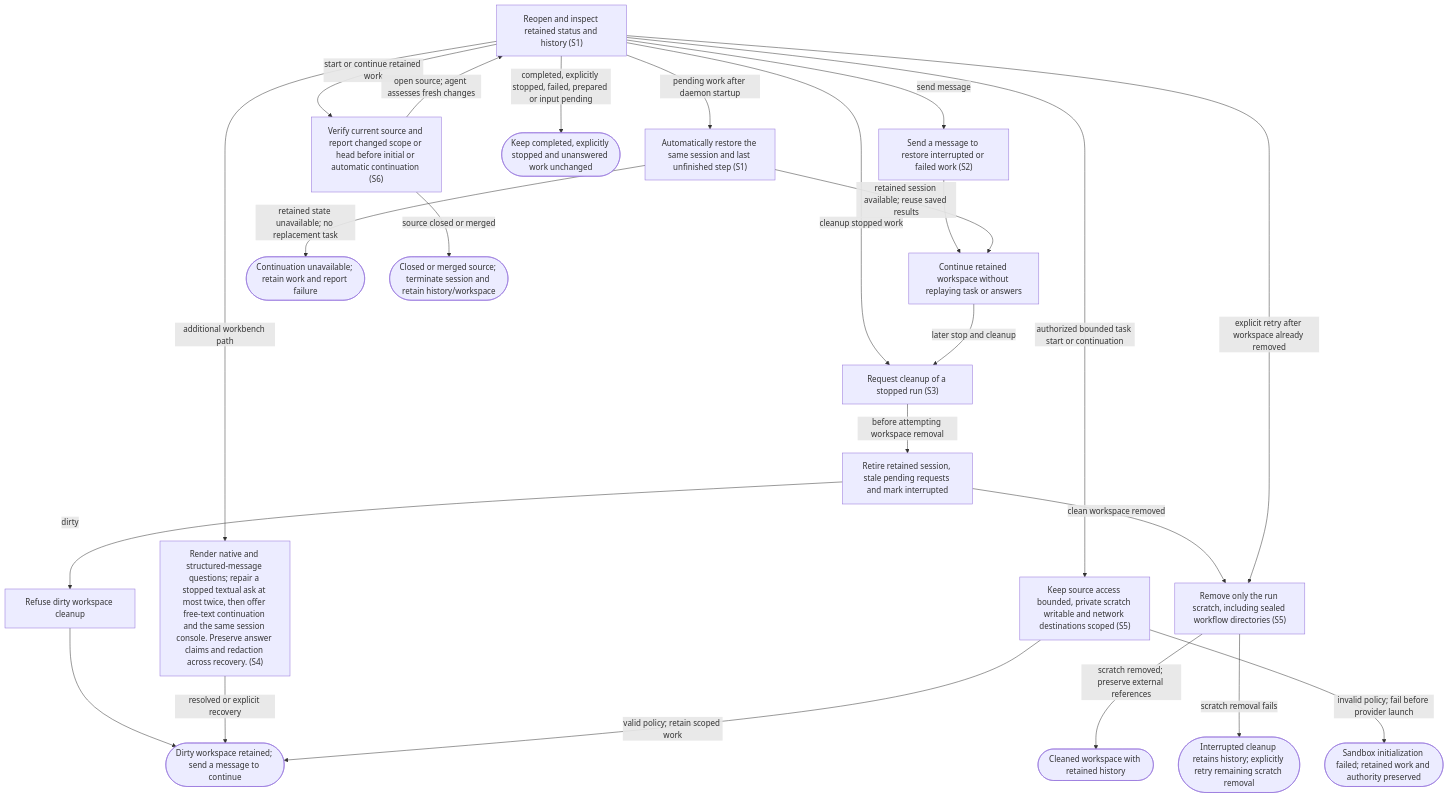
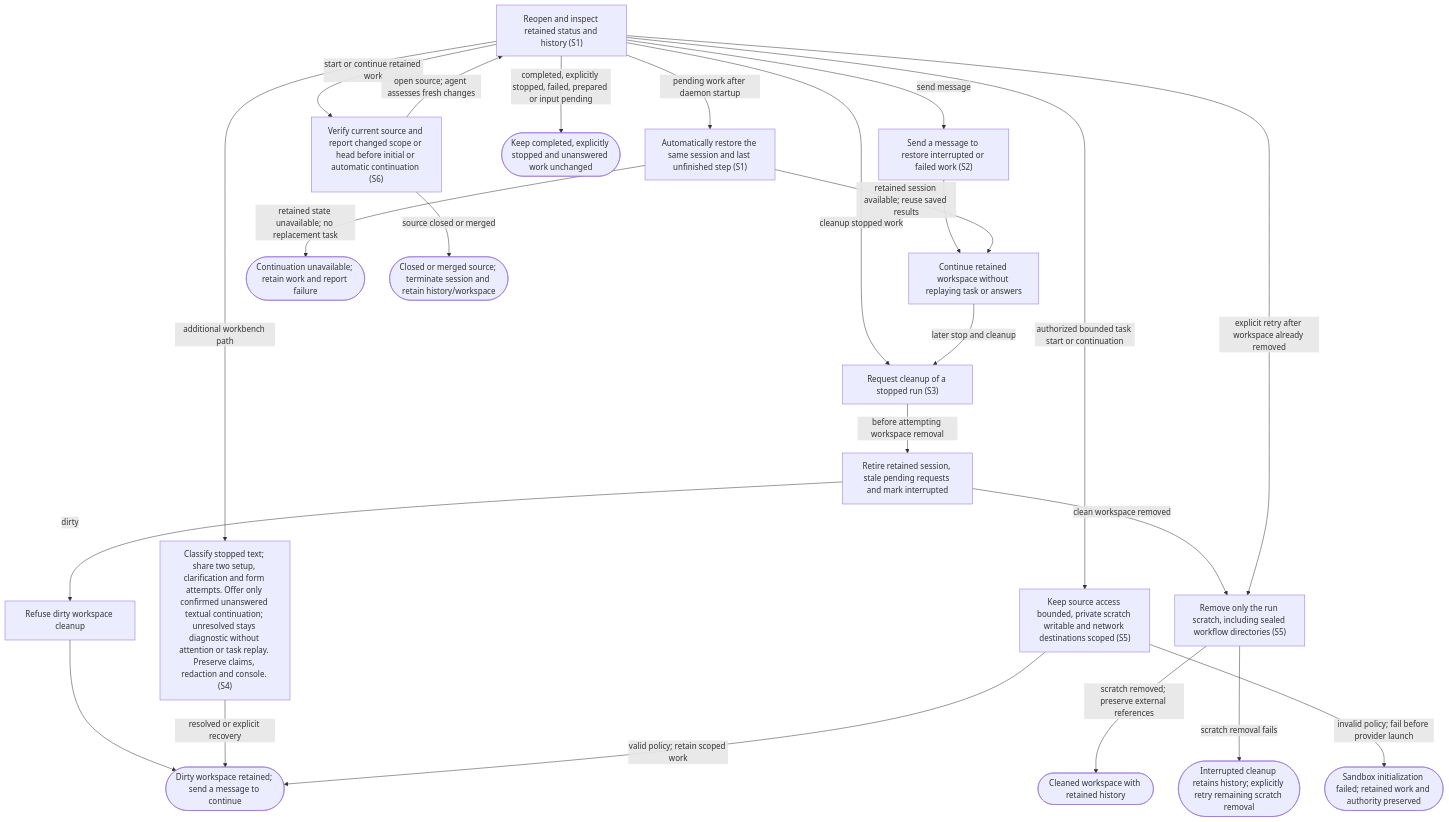
One commit to dk-code-factory/code-factory-plugin changed the diagram in docs/user-flows/recover-cleanup.md. Above: the diagram before and after it, drawn with Mermaid. The commit also changed other lines of this file and 18 other files, not shown here.

First line of the commit message:
Preserve confirmed recovery across retained-session restoration

````diff
--- a/docs/user-flows/recover-cleanup.md
+++ b/docs/user-flows/recover-cleanup.md
@@ -58,44 +58,44 @@
 ```mermaid
 flowchart TD
     N0["Reopen and inspect retained status and history #40;S1#41;"]
     N1["Send a message to restore interrupted or failed work #40;S2#41;"]
     N2["Continue retained workspace without replaying task or answers"]
     N3["Request cleanup of a stopped run #40;S3#41;"]
     N4["Refuse dirty workspace cleanup"]
     N5(["Dirty workspace retained#59; send a message to continue"])
     N6(["Cleaned workspace with retained history"])
     N7["Retire retained session, stale pending requests and mark interrupted"]
-    N8["Render native and structured-message questions#59; repair a stopped textual ask at most twice, then offer free-text continuation and the same session console. Preserve answer claims and redaction across recovery. #40;S4#41;"]
+    N8["Classify stopped text#59; share two setup, clarification and form attempts. Offer only confirmed unanswered textual continuation#59; unresolved stays diagnostic without attention or task replay. Preserve claims, redaction and console. #40;S4#41;"]
     N9["Keep source access bounded, private scratch writable and network destinations scoped #40;S5#41;"]
     N10(["Sandbox initialization failed#59; retained work and authority preserved"])
     N11["Remove only the run scratch, including sealed workflow directories #40;S5#41;"]
     N12(["Interrupted cleanup retains history#59; explicitly retry remaining scratch removal"])
     N13["Automatically restore the same session and last unfinished step #40;S1#41;"]
     N14(["Keep completed, explicitly stopped and unanswered work unchanged"])
     N15(["Continuation unavailable#59; retain work and report failure"])
     N16["Verify current source and report changed scope or head before initial or automatic continuation #40;S6#41;"]
     N17(["Closed or merged source#59; terminate session and retain history/workspace"])
     N0 -->|"send message"| N1
     N1 --> N2
     N0 -->|"cleanup stopped work"| N3
     N2 -->|"later stop and cleanup"| N3
     N7 -->|"dirty"| N4
     N4 --> N5
     N3 -->|"before attempting workspace removal"| N7
     N0 -->|"additional workbench path"| N8
     N8 -->|"resolved or explicit recovery"| N5
     N0 -->|"authorized bounded task start or continuation"| N9
     N9 -->|"valid policy#59; retain scoped work"| N5
     N9 -->|"invalid policy#59; fail before provider launch"| N10
     N7 -->|"clean workspace removed"| N11
     N11 -->|"scratch removed#59; preserve external references"| N6
     N11 -->|"scratch removal fails"| N12
     N0 -->|"explicit retry after workspace already removed"| N11
     N0 -->|"pending work after daemon startup"| N13
     N13 -->|"retained session available#59; reuse saved results"| N2
     N13 -->|"retained state unavailable#59; no replacement task"| N15
     N0 -->|"completed, explicitly stopped, failed, prepared or input pending"| N14
     N0 -->|"start or continue retained work"| N16
     N16 -->|"source closed or merged"| N17
     N16 -->|"open source#59; agent assesses fresh changes"| N0
 ```
````
